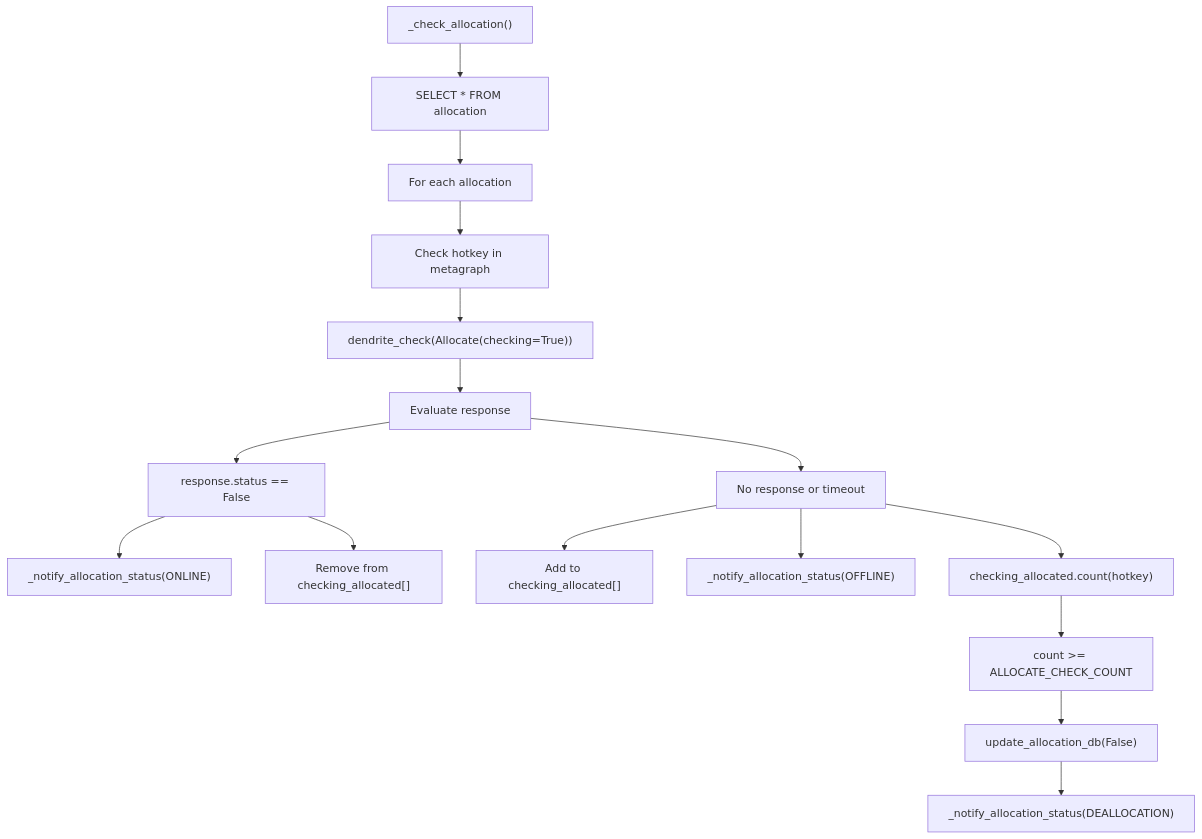
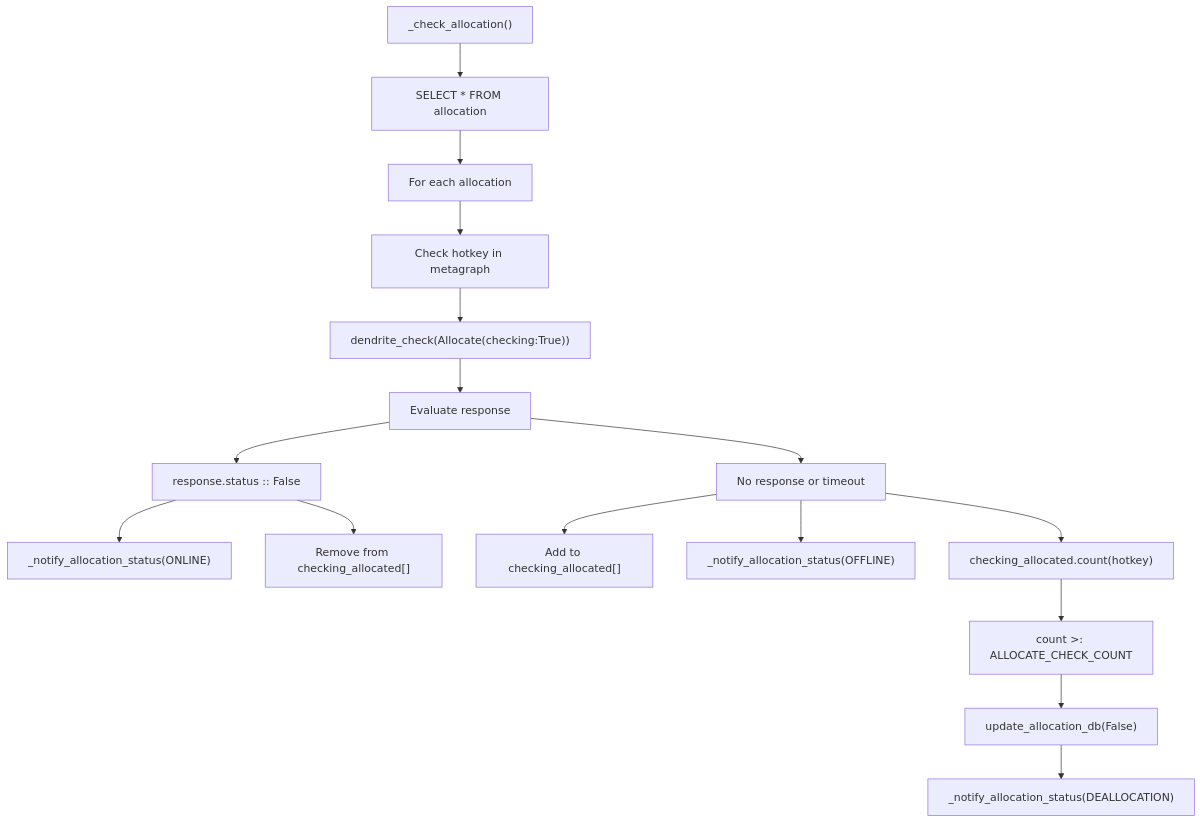
Before and after one commit to neuralinternet/docs: the fifth of 8 diagrams in src/content/docs/resource-allocation-api/resource-management.mdx, drawn with Mermaid. The commit also changed other lines of this file and 184 other files, not shown here.

````diff
--- a/src/content/docs/resource-allocation-api/resource-management.mdx
+++ b/src/content/docs/resource-allocation-api/resource-management.mdx
@@ -148,22 +148,22 @@
 ```mermaid
 flowchart TD
     CheckTask["_check_allocation()"] --> QueryDB["SELECT * FROM allocation"]
     QueryDB --> LoopAllocations["For each allocation"]
     LoopAllocations --> ValidateHotkey["Check hotkey in metagraph"]
-    ValidateHotkey --> HealthCheck["dendrite_check(Allocate(checking=True))"]
+    ValidateHotkey --> HealthCheck["dendrite_check(Allocate(checking:True))"]
     HealthCheck --> EvaluateResponse["Evaluate response"]
     
-    EvaluateResponse --> Online["response.status == False"]
+    EvaluateResponse --> Online["response.status :: False"]
     EvaluateResponse --> Offline["No response or timeout"]
     
     Online --> NotifyOnline["_notify_allocation_status(ONLINE)"]
     Online --> RemoveFromCheck["Remove from checking_allocated[]"]
     
     Offline --> AddToCheck["Add to checking_allocated[]"]
     Offline --> NotifyOffline["_notify_allocation_status(OFFLINE)"]
     Offline --> CountChecks["checking_allocated.count(hotkey)"]
     
-    CountChecks --> MaxReached["count >= ALLOCATE_CHECK_COUNT"]
+    CountChecks --> MaxReached["count >: ALLOCATE_CHECK_COUNT"]
     MaxReached --> Deallocate["update_allocation_db(False)"]
     Deallocate --> NotifyDealloc["_notify_allocation_status(DEALLOCATION)"]
 ```
````
